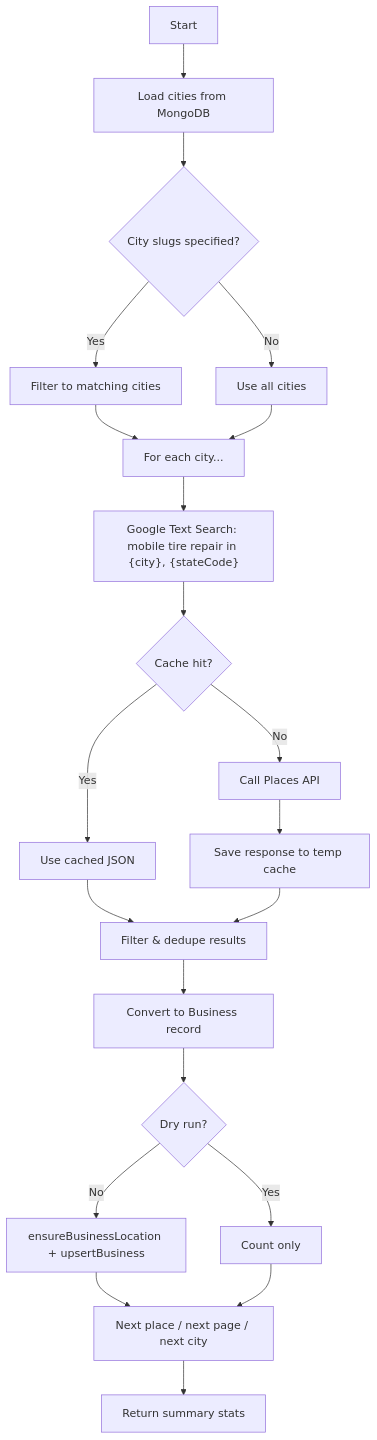
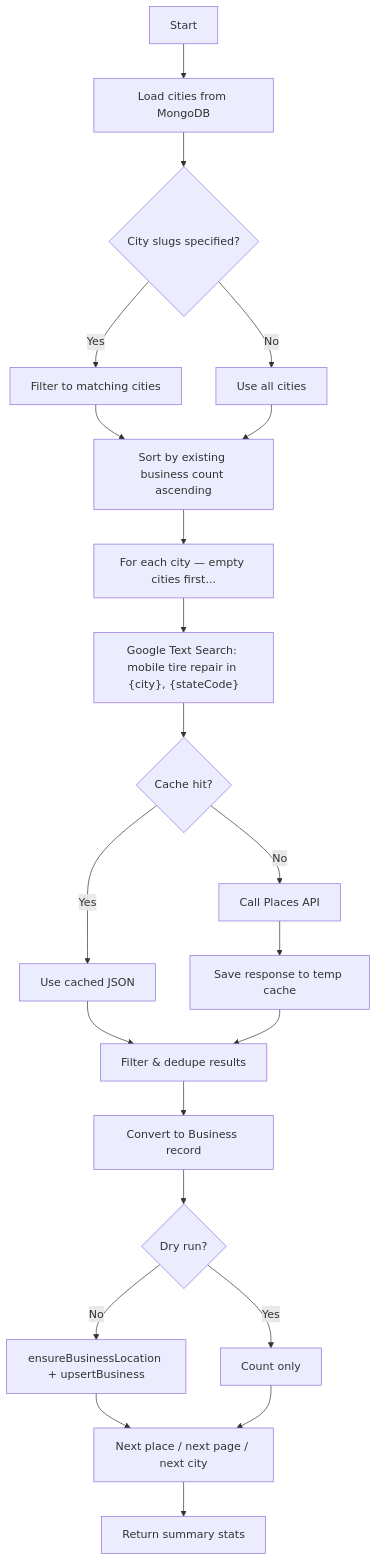
The diagram in docs/google-places-fetcher.md (ematise/mobiltirerepair24), drawn with Mermaid before and after one commit. The commit also changed other lines of this file and 3 other files, not shown here.

First line of the commit message:
Favor empty cities when fetching from Google Places (#5)

````diff
--- a/docs/google-places-fetcher.md
+++ b/docs/google-places-fetcher.md
@@ -152,23 +152,24 @@
 ```mermaid
 flowchart TD
     A[Start] --> B[Load cities from MongoDB]
     B --> C{City slugs specified?}
     C -->|Yes| D[Filter to matching cities]
     C -->|No| E[Use all cities]
-    D --> F[For each city...]
-    E --> F
+    D --> S[Sort by existing business count ascending]
+    E --> S
+    S --> F[For each city — empty cities first...]
     F --> G["Google Text Search: mobile tire repair in {city}, {stateCode}"]
     G --> H{Cache hit?}
     H -->|Yes| I[Use cached JSON]
     H -->|No| J[Call Places API]
     J --> K[Save response to temp cache]
     I --> L[Filter & dedupe results]
     K --> L
     L --> M[Convert to Business record]
     M --> N{Dry run?}
     N -->|No| O[ensureBusinessLocation + upsertBusiness]
     N -->|Yes| P[Count only]
     O --> Q[Next place / next page / next city]
     P --> Q
     Q --> R[Return summary stats]
 ```
````
